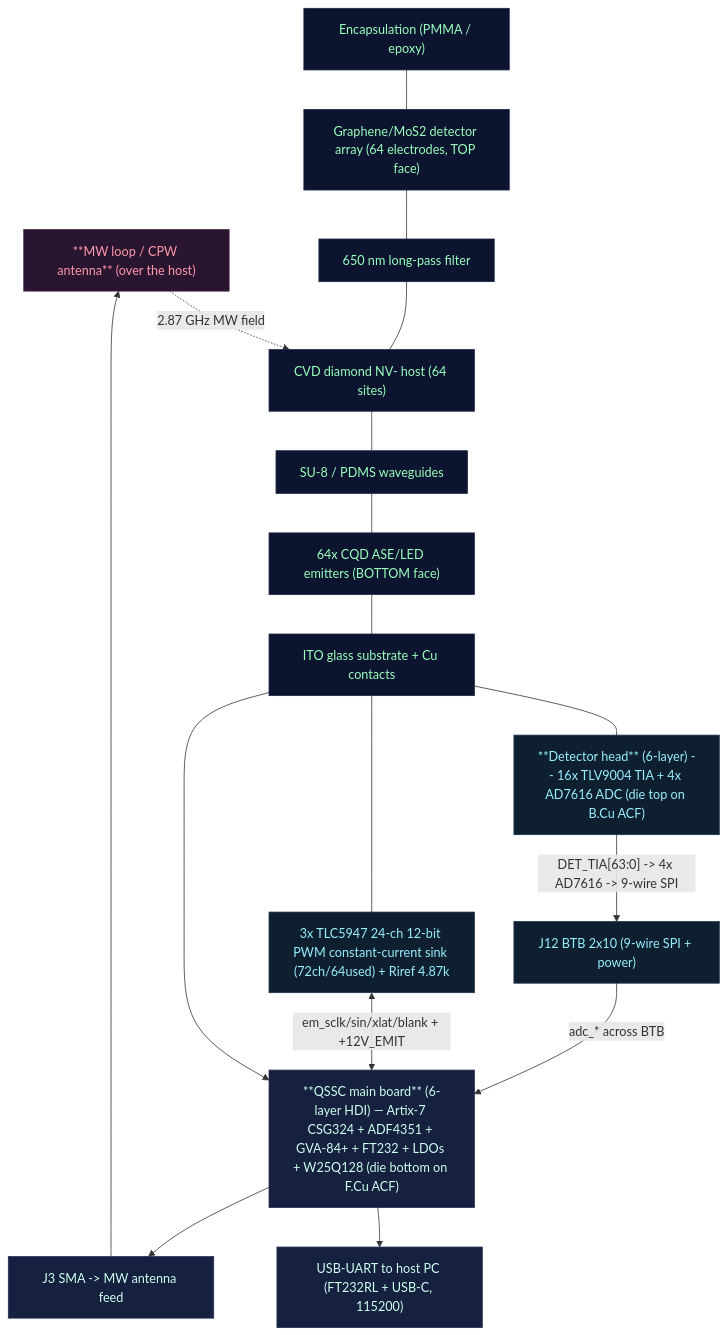
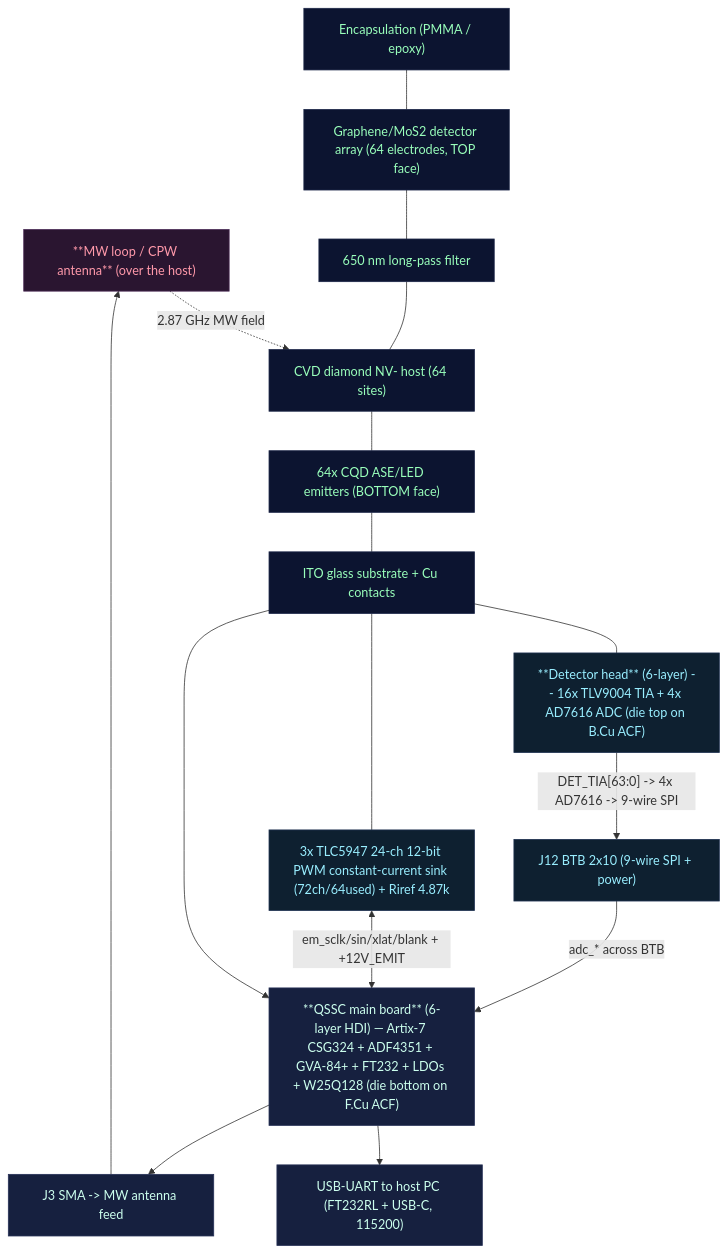
The second of 2 diagrams in hardware/HARDWARE_DESIGN.md (VABISMO/QSSC), drawn with Mermaid before and after one commit. The commit also changed other lines of this file and 13 other files, not shown here.

````diff
--- a/hardware/HARDWARE_DESIGN.md
+++ b/hardware/HARDWARE_DESIGN.md
@@ -249,33 +249,32 @@
 ```mermaid
 flowchart TB
   classDef pcb fill:#16203f,stroke:#263056,color:#cfe
   classDef chip fill:#0c1430,stroke:#1d2748,color:#9fb
   classDef mw fill:#2a1530,stroke:#4a2a55,color:#f9a
   classDef fe fill:#0e2030,stroke:#1e3050,color:#9ef
 
   ANT["**MW loop / CPW antenna** (over the host)"]:::mw
   ENC["Encapsulation (PMMA / epoxy)"]:::chip
   DET["Graphene/MoS2 detector array (64 electrodes, TOP face)"]:::chip
   FILT["650 nm long-pass filter"]:::chip
   HOST["CVD diamond NV- host (64 sites)"]:::chip
-  WG["SU-8 / PDMS waveguides"]:::chip
   EM["64x CQD ASE/LED emitters (BOTTOM face)"]:::chip
   SUB["ITO glass substrate + Cu contacts"]:::chip
   HEAD["**Detector head** (6-layer) -- 16x TLV9004 TIA + 4x AD7616 ADC (die top on B.Cu ACF)"]:::fe
   DRV["3x TLC5947 24-ch 12-bit PWM constant-current sink (72ch/64used) + Riref 4.87k"]:::fe
   PCB["**QSSC main board** (6-layer HDI) — Artix-7 CSG324 + ADF4351 + GVA-84+ + FT232 + LDOs + W25Q128 (die bottom on F.Cu ACF)"]:::pcb
   J12["J12 BTB 2x10 (9-wire SPI + power)"]:::fe
   USB["USB-UART to host PC (FT232RL + USB-C, 115200)"]:::pcb
   SMA["J3 SMA -> MW antenna feed"]:::pcb
 
   ANT -. "2.87 GHz MW field" .-> HOST
-  ENC --- DET --- FILT --- HOST --- WG --- EM --- SUB
+  ENC --- DET --- FILT --- HOST --- EM --- SUB
   SUB --- HEAD
   SUB --- DRV
   HEAD -->|"DET_TIA[63:0] -> 4x AD7616 -> 9-wire SPI"| J12
   J12 -->|"adc_* across BTB"| PCB
   DRV <-->|"em_sclk/sin/xlat/blank + +12V_EMIT"| PCB
   SUB --> PCB
   PCB --> USB
   PCB --> SMA --> ANT
 ```
````
